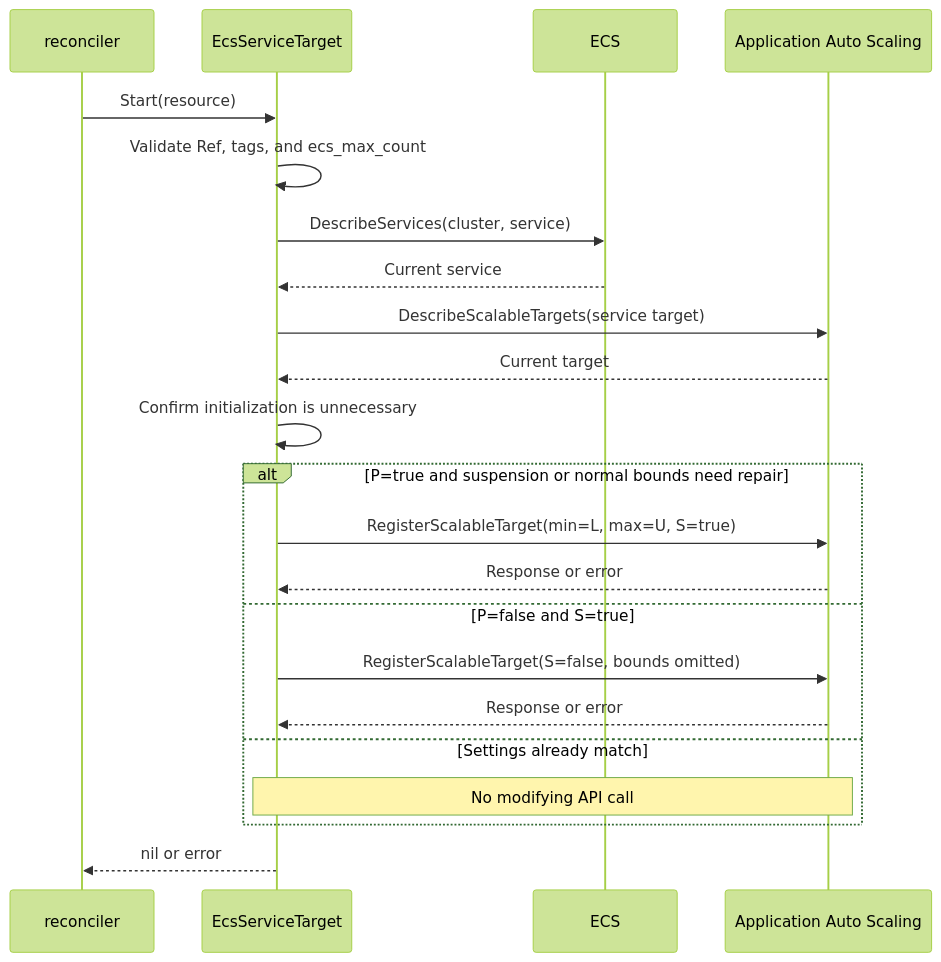
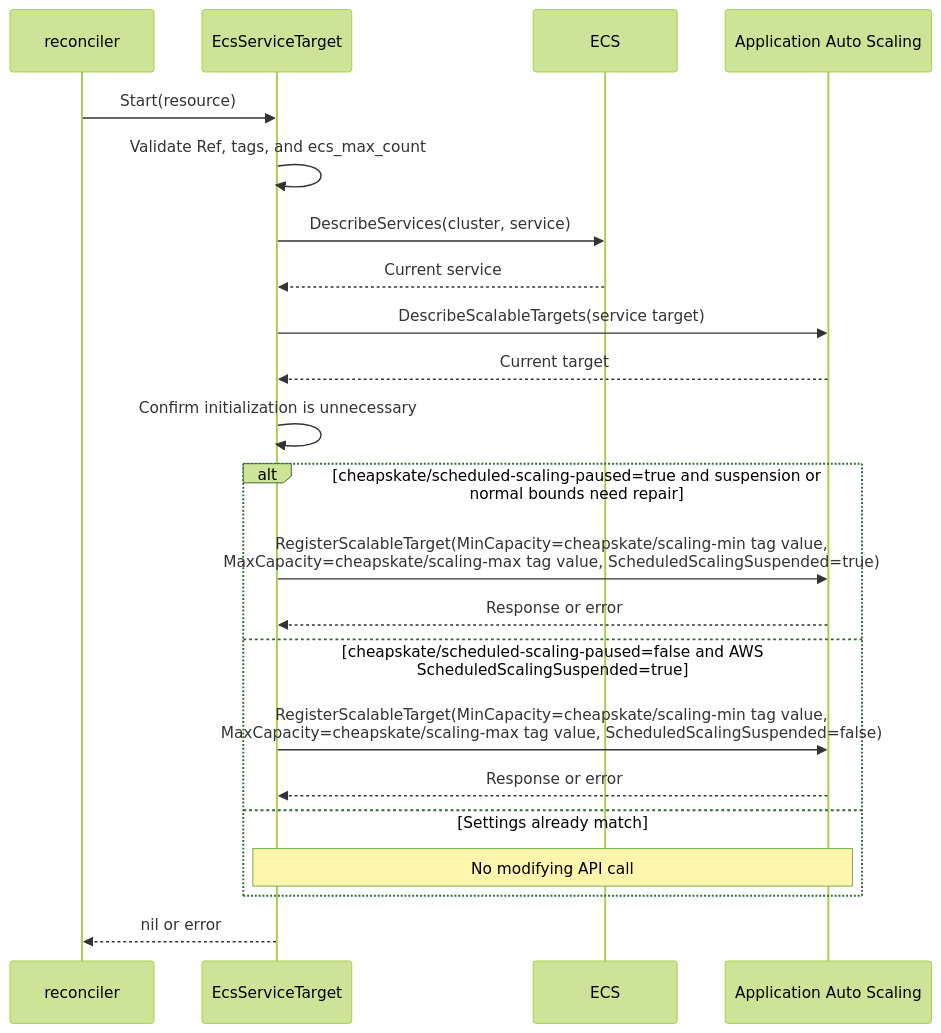
Before and after one commit to moepig/cheapskate: the eighth of 9 diagrams in docs/en/development/resource_sequence.md, drawn with Mermaid (forest theme). The commit also changed other lines of this file and 63 other files, not shown here.

````diff
--- a/docs/en/development/resource_sequence.md
+++ b/docs/en/development/resource_sequence.md
@@ -308,24 +301,24 @@
 ```mermaid
 sequenceDiagram
-    participant R as reconciler
-    participant A as EcsServiceTarget
-    participant E as ECS
-    participant S as Application Auto Scaling
-    R->>A: Start(resource)
-    A->>A: Validate Ref, tags, and ecs_max_count
-    A->>E: DescribeServices(cluster, service)
-    E-->>A: Current service
-    A->>S: DescribeScalableTargets(service target)
-    S-->>A: Current target
-    A->>A: Confirm initialization is unnecessary
-    alt P=true and suspension or normal bounds need repair
-        A->>S: RegisterScalableTarget(min=L, max=U, S=true)
-        S-->>A: Response or error
-    else P=false and S=true
-        A->>S: RegisterScalableTarget(S=false, bounds omitted)
-        S-->>A: Response or error
+    participant Reconciler as reconciler
+    participant Adapter as EcsServiceTarget
+    participant EcsAPI as ECS
+    participant AutoScaling as Application Auto Scaling
+    Reconciler->>Adapter: Start(resource)
+    Adapter->>Adapter: Validate Ref, tags, and ecs_max_count
+    Adapter->>EcsAPI: DescribeServices(cluster, service)
+    EcsAPI-->>Adapter: Current service
+    Adapter->>AutoScaling: DescribeScalableTargets(service target)
+    AutoScaling-->>Adapter: Current target
+    Adapter->>Adapter: Confirm initialization is unnecessary
+    alt cheapskate/scheduled-scaling-paused=true and suspension or normal bounds need repair
+        Adapter->>AutoScaling: RegisterScalableTarget(MinCapacity=cheapskate/scaling-min tag value,<br/>MaxCapacity=cheapskate/scaling-max tag value, ScheduledScalingSuspended=true)
+        AutoScaling-->>Adapter: Response or error
+    else cheapskate/scheduled-scaling-paused=false and AWS ScheduledScalingSuspended=true
+        Adapter->>AutoScaling: RegisterScalableTarget(MinCapacity=cheapskate/scaling-min tag value,<br/>MaxCapacity=cheapskate/scaling-max tag value, ScheduledScalingSuspended=false)
+        AutoScaling-->>Adapter: Response or error
     else Settings already match
-        Note over A,S: No modifying API call
+        Note over Adapter,AutoScaling: No modifying API call
     end
-    A-->>R: nil or error
+    Adapter-->>Reconciler: nil or error
 ```
````
